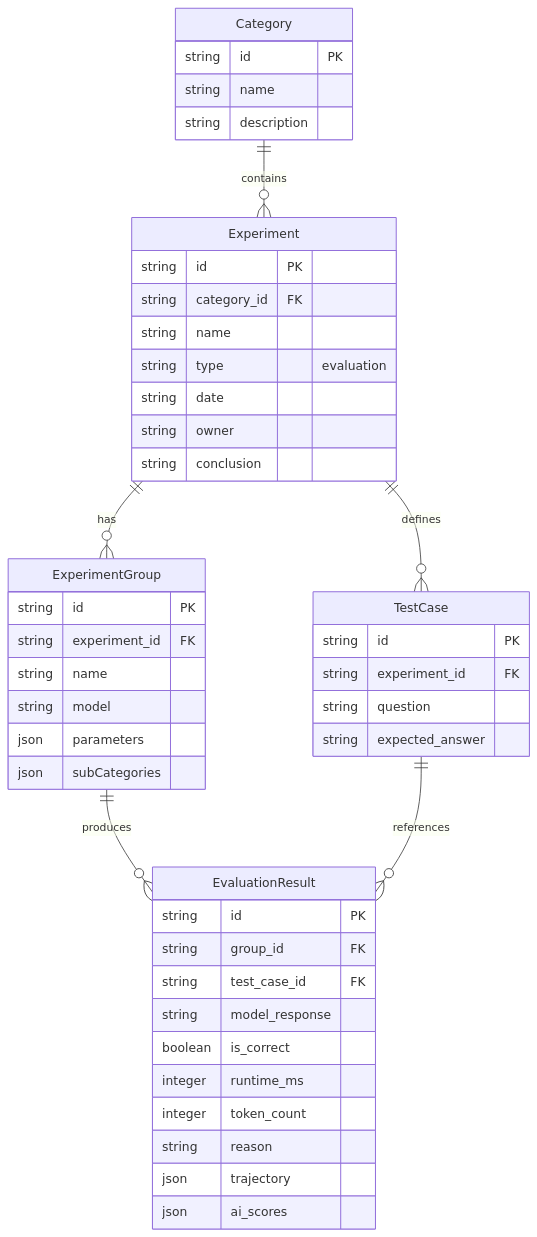
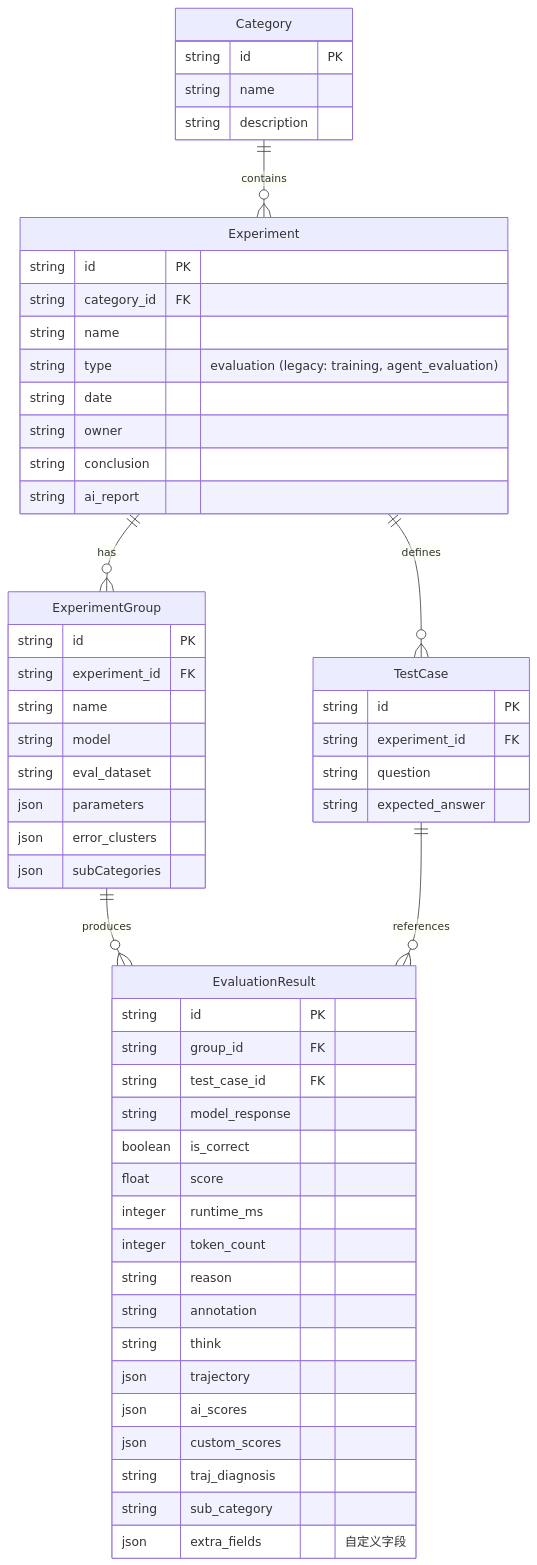
The second of 4 diagrams in DEVELOPMENT.md (Haoguozhichi/corpus_dashboard), drawn with Mermaid before and after one commit. The commit also changed other lines of this file and 7 other files, not shown here.

````diff
--- a/DEVELOPMENT.md
+++ b/DEVELOPMENT.md
@@ -71,49 +71,59 @@
 ```mermaid
 erDiagram
     Category ||--o{ Experiment : contains
     Experiment ||--o{ ExperimentGroup : has
     Experiment ||--o{ TestCase : defines
     ExperimentGroup ||--o{ EvaluationResult : produces
     TestCase ||--o{ EvaluationResult : "references"
     
     Category {
         string id PK
         string name
         string description
     }
     Experiment {
         string id PK
         string category_id FK
         string name
-        string type "evaluation"
+        string type "evaluation (legacy: training, agent_evaluation)"
         string date
         string owner
         string conclusion
+        string ai_report
     }
     ExperimentGroup {
         string id PK
         string experiment_id FK
         string name
         string model
+        string eval_dataset
         json parameters
+        json error_clusters
         json subCategories
     }
     TestCase {
         string id PK
         string experiment_id FK
         string question
         string expected_answer
     }
     EvaluationResult {
         string id PK
         string group_id FK
         string test_case_id FK
         string model_response
         boolean is_correct
+        float score
         integer runtime_ms
         integer token_count
         string reason
+        string annotation
+        string think
         json trajectory
         json ai_scores
+        json custom_scores
+        string traj_diagnosis
+        string sub_category
+        json extra_fields "自定义字段"
     }
 ```
````
